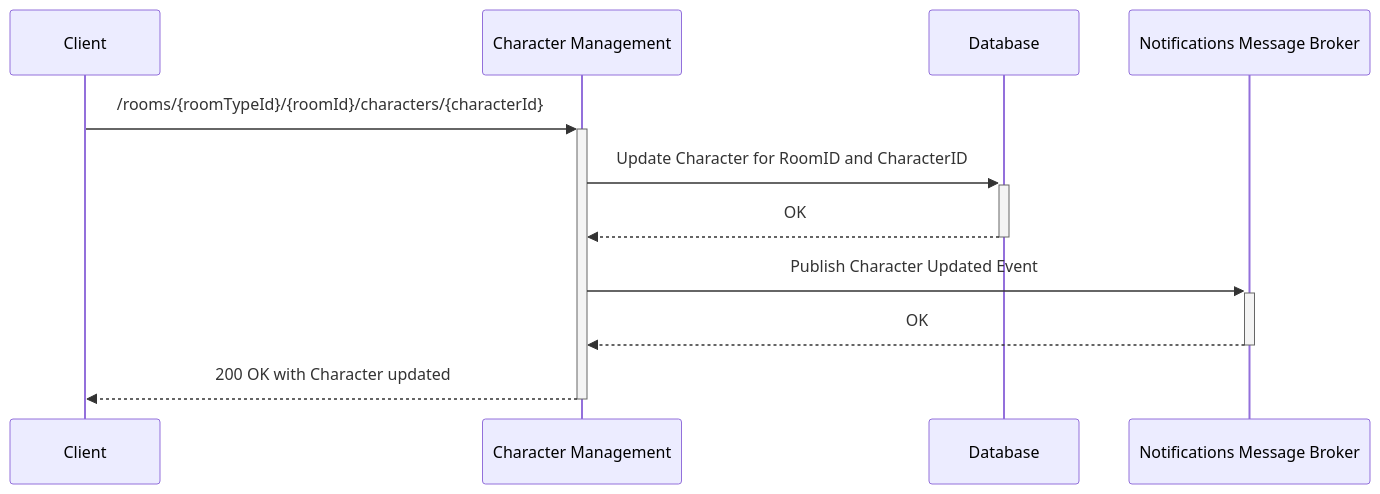
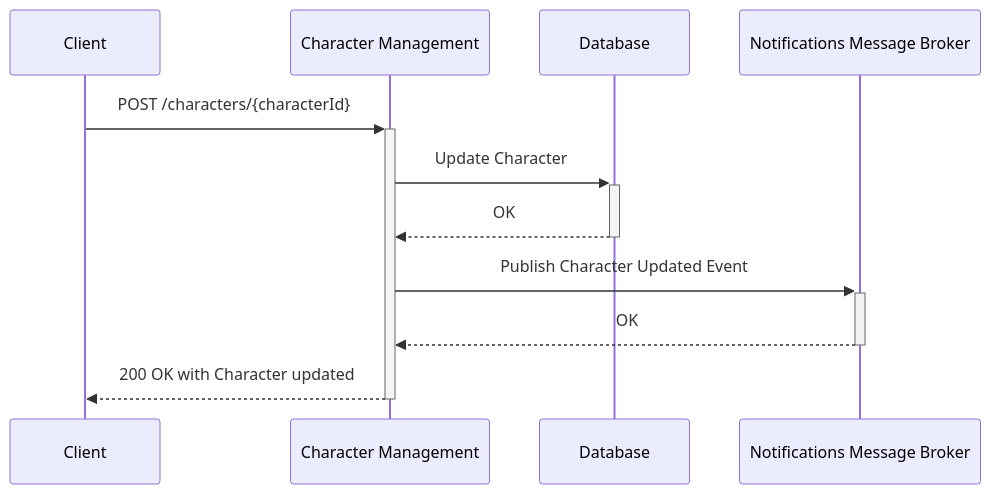
Before and after one commit to REW1L/munch-helper: the fourth of 5 diagrams in docs/descriptions/MunchHelper/Backend Services/Character Management.md, drawn with Mermaid. The commit also changed other lines of this file and 12 other files, not shown here.

````diff
--- a/docs/descriptions/MunchHelper/Backend Services/Character Management.md
+++ b/docs/descriptions/MunchHelper/Backend Services/Character Management.md
@@ -143,14 +145,14 @@
 ```mermaid
 sequenceDiagram
     participant Client
     participant Character Management
     participant Database
     participant Notifications Message Broker
 
-    Client ->>+ Character Management: /rooms/{roomTypeId}/{roomId}/characters/{characterId}
-    Character Management ->>+ Database: Update Character for RoomID and CharacterID
+    Client ->>+ Character Management: POST /characters/{characterId}
+    Character Management ->>+ Database: Update Character
     Database -->>- Character Management: OK
     Character Management ->>+ Notifications Message Broker: Publish Character Updated Event
     Notifications Message Broker -->>- Character Management: OK
     Character Management -->>- Client: 200 OK with Character updated
 ```
````
